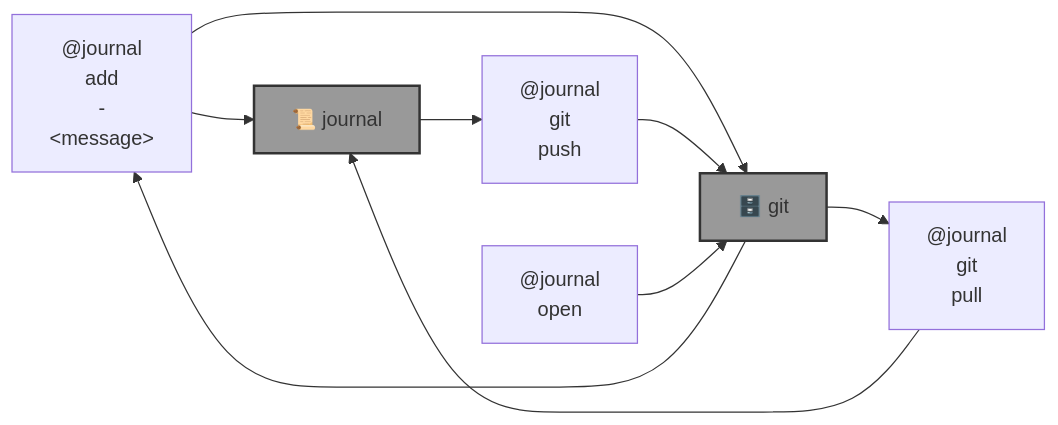
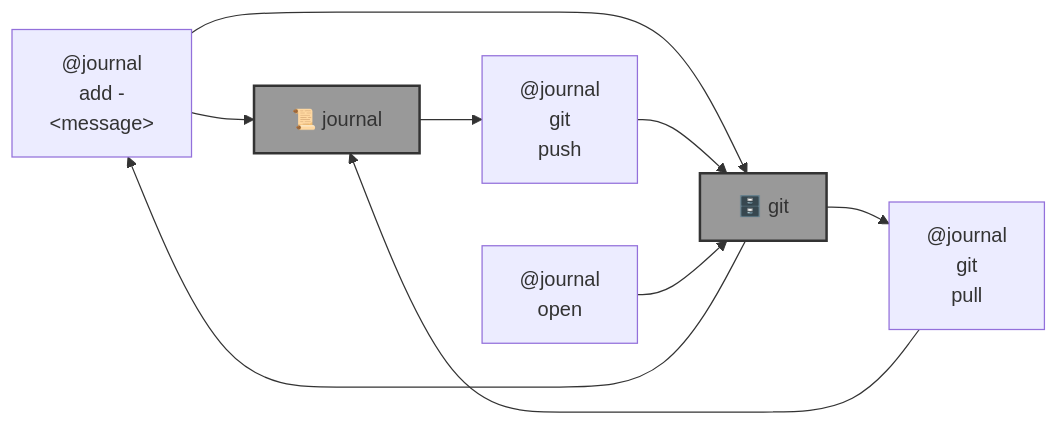
The diagram in README.md (kamangir/bluer-journal), drawn with Mermaid before and after one commit. The commit also changed other lines of this file and 2 other files, not shown here.

Commit message:
doc++ - kamangir/bolt#746

````diff
--- a/README.md
+++ b/README.md
@@ -5,28 +5,28 @@
 ```mermaid
 graph LR
 
-    journal_add["@journal<br>add<br>-<br>&lt;message&gt;"]
+    journal_add["@journal<br>add -<br>&lt;message&gt;"]
 
     journal_git_pull["@journal<br>git<br>pull"]
 
     journal_git_push["@journal<br>git<br>push"]
 
     journal_open["@journal<br>open"]
 
     journal["📜 journal"]:::folder
     git["🗄️ git"]:::folder
 
     git --> journal_add
     journal_add --> journal
     journal_add --> git
 
     git --> journal_git_pull
     journal_git_pull --> journal
 
     journal --> journal_git_push
     journal_git_push --> git
 
     journal_open --> git
 
     classDef folder fill:#999,stroke:#333,stroke-width:2px;
 ```
````
